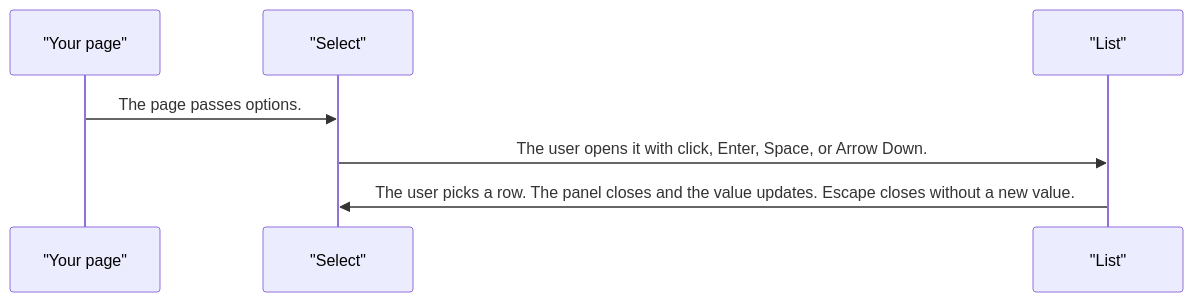
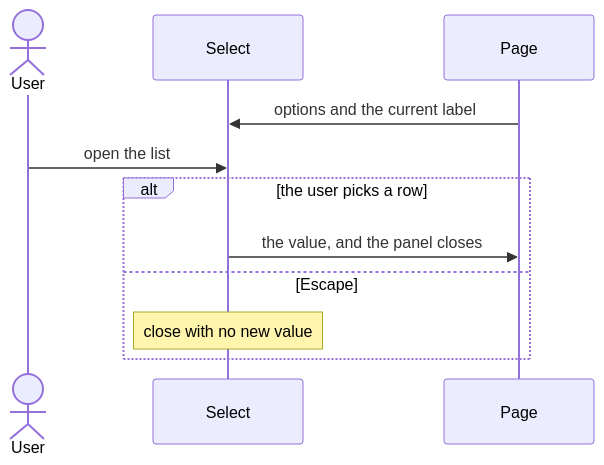
Before and after one commit to RajshekharBorate/pixel-ui: the second of 5 diagrams in projects/pixel-ui/src/lib/pixel-select/DESIGN.md, drawn with Mermaid. The commit also changed other lines of this file and 73 other files, not shown here.

Commit message:
Explain who owns each value and what each flow does in every component and service design.

````diff
--- a/projects/pixel-ui/src/lib/pixel-select/DESIGN.md
+++ b/projects/pixel-ui/src/lib/pixel-select/DESIGN.md
@@ -66,9 +77,13 @@
 ```mermaid
 sequenceDiagram
-  participant page as "Your page"
-  participant select as "Select"
-  participant list as "List"
-  page->>select: The page passes options.
-  select->>list: The user opens it with click, Enter, Space, or Arrow Down.
-  list->>select: The user picks a row. The panel closes and the value updates. Escape closes without a new value.
+  actor User
+  participant Select
+  participant Page
+  Page->>Select: options and the current label
+  User->>Select: open the list
+  alt the user picks a row
+    Select->>Page: the value, and the panel closes
+  else Escape
+    Note over Select: close with no new value
+  end
 ```
````
